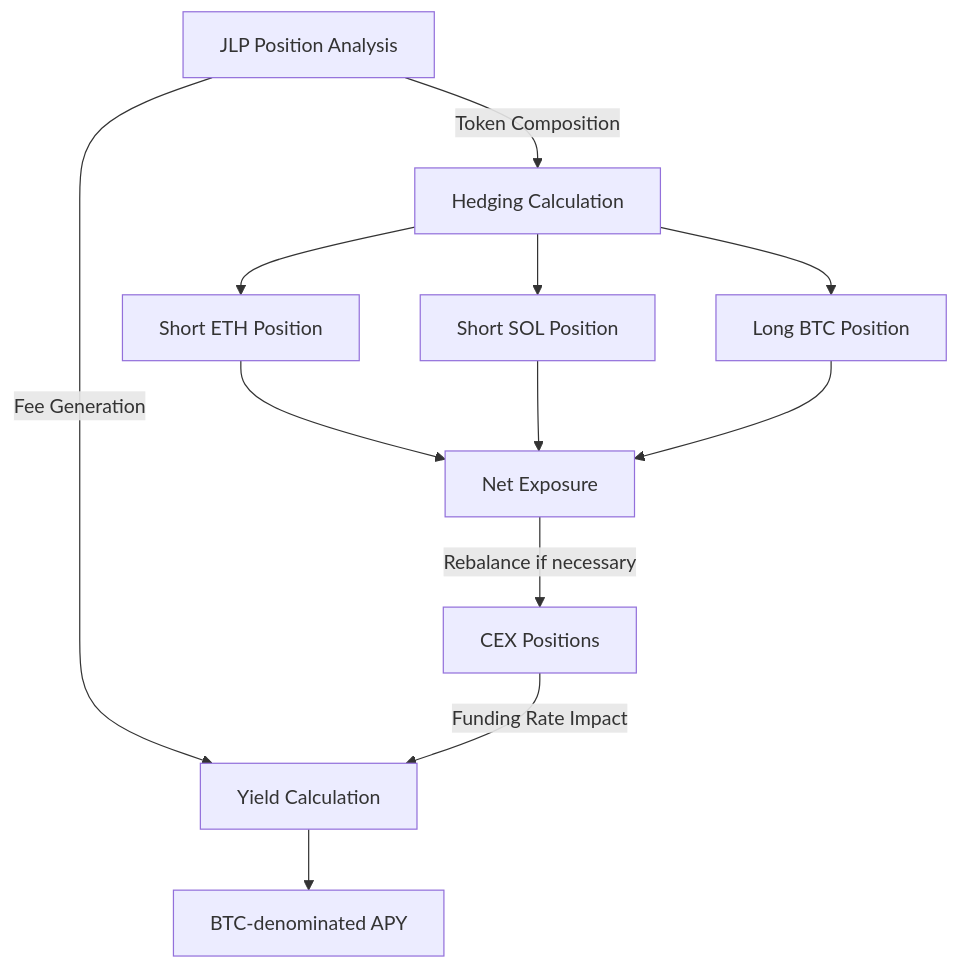
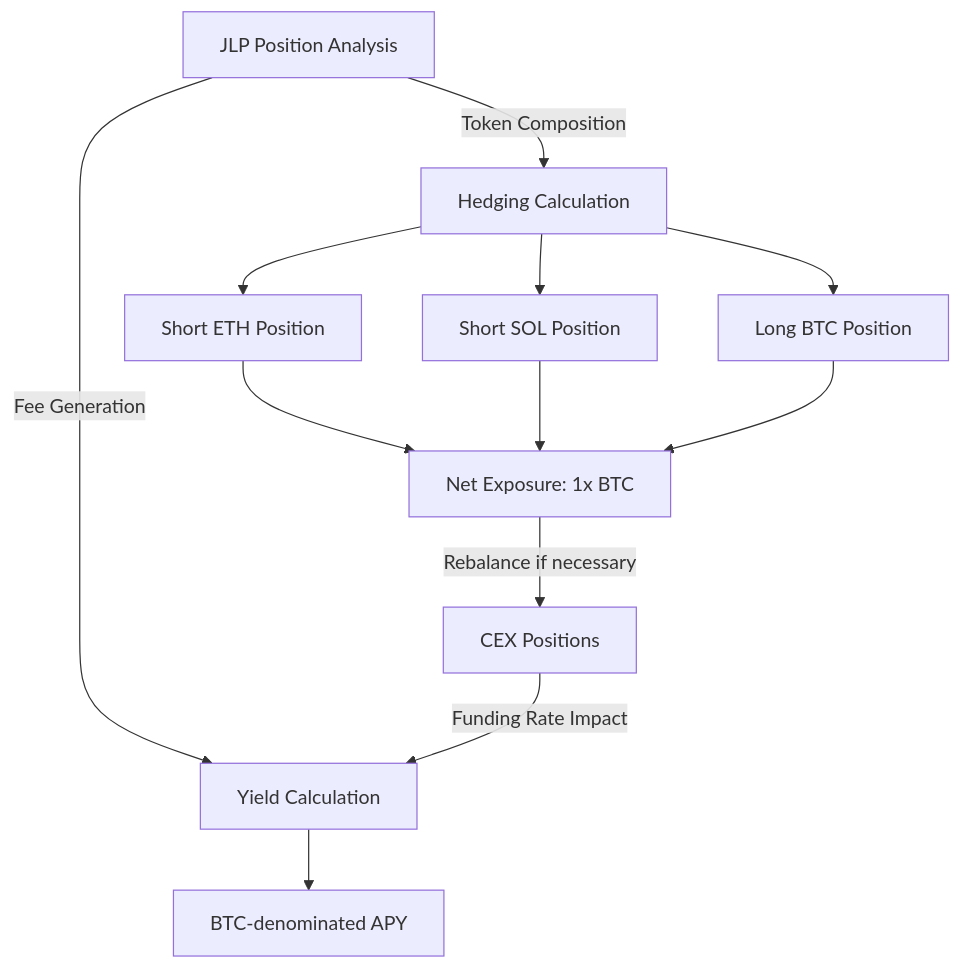
One commit to clydedevv/docs changed the first of 2 diagrams in strategy/technical_details.mdx. Above: the diagram before and after it, drawn with Mermaid. The commit also changed other lines of this file and 5 other files, not shown here.

````diff
--- a/strategy/technical_details.mdx
+++ b/strategy/technical_details.mdx
@@ -34,14 +61,14 @@
 ```mermaid
 graph TD
     JLP[JLP Position Analysis] -->|Token Composition| Hedge[Hedging Calculation]
     Hedge --> Short_ETH[Short ETH Position]
     Hedge --> Short_SOL[Short SOL Position]
     Hedge --> Long_BTC[Long BTC Position]
     
-    Short_ETH & Short_SOL & Long_BTC --> Balance[Net Exposure]
+    Short_ETH & Short_SOL & Long_BTC --> Balance[Net Exposure: 1x BTC]
     Balance -->|Rebalance if necessary| CEX[CEX Positions]
     
     JLP -->|Fee Generation| Yield[Yield Calculation]
     CEX -->|Funding Rate Impact| Yield
     Yield --> APY[BTC-denominated APY]
 ```
````
